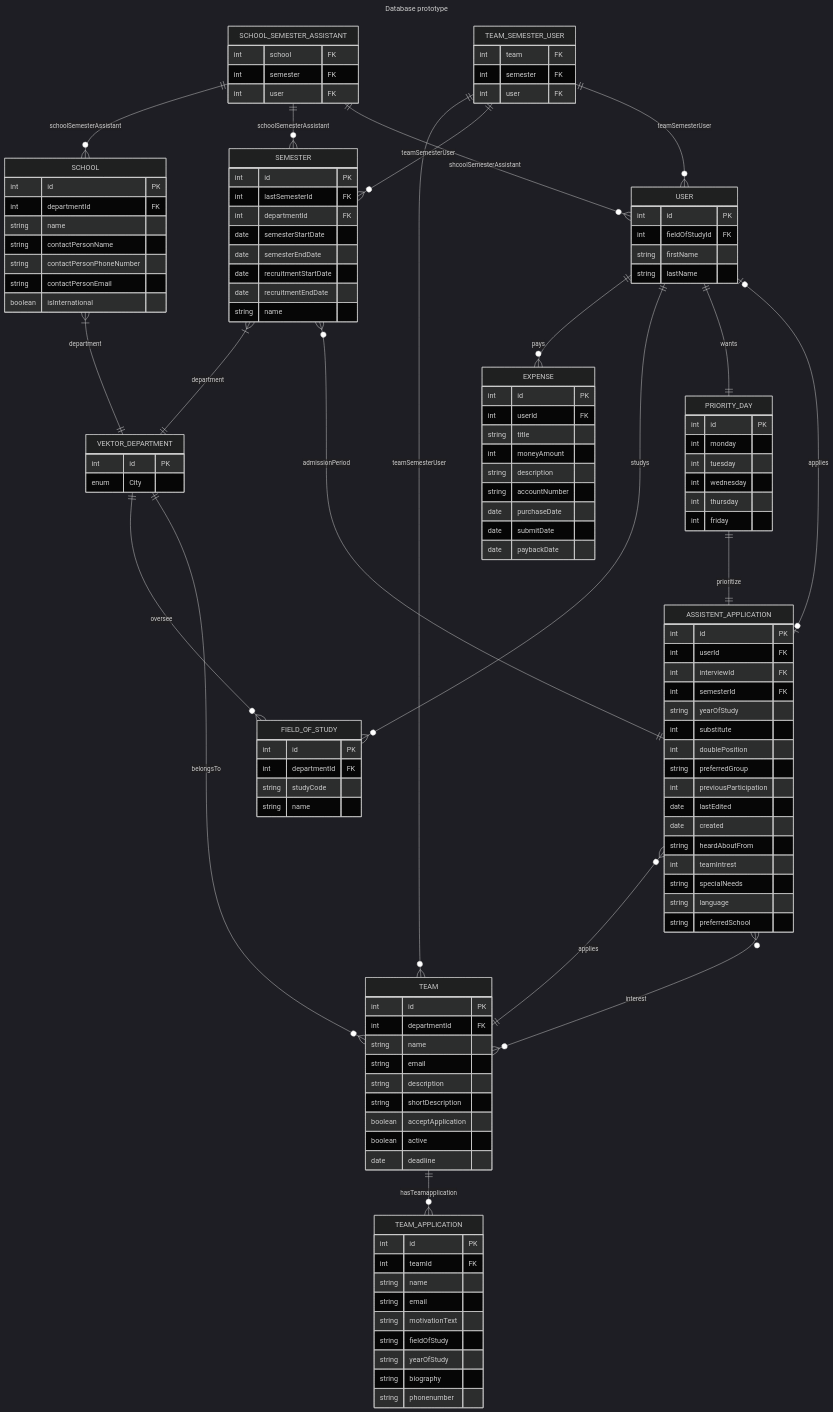
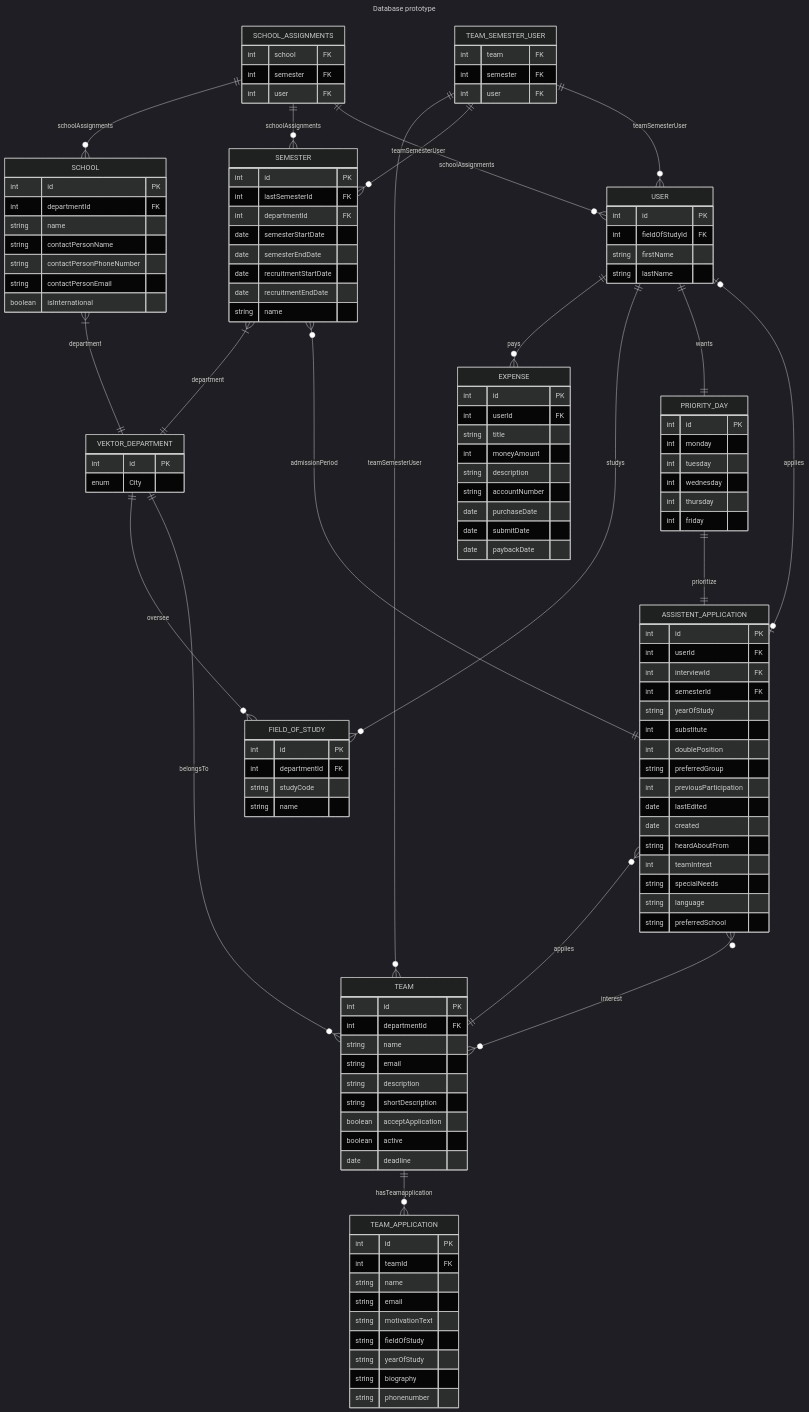
Before and after one commit to vektorprogrammet/api: the diagram in database-diagram.md, drawn with Mermaid (dark theme). The commit also changed 5 other files, not shown here.

```diff
--- a/database-diagram.md
+++ b/database-diagram.md
@@ -99,7 +99,7 @@
         string contactPersonEmail
         boolean isInternational
     }
-    SCHOOL_SEMESTER_ASSISTANT{
+    SCHOOL_ASSIGNMENTS{
         int school FK
         int semester FK
         int user FK
@@ -122,9 +122,9 @@
     SEMESTER }|--|| VEKTOR_DEPARTMENT : department
     SCHOOL }|--|| VEKTOR_DEPARTMENT : department
     SEMESTER }o--|| ASSISTENT_APPLICATION : admissionPeriod
-    SCHOOL_SEMESTER_ASSISTANT ||--o{ SCHOOL : schoolSemesterAssistant
-    SCHOOL_SEMESTER_ASSISTANT ||--o{ SEMESTER : schoolSemesterAssistant
-    SCHOOL_SEMESTER_ASSISTANT ||--o{ USER : shcoolSemesterAssistant
+    SCHOOL_ASSIGNMENTS ||--o{ SCHOOL : schoolAssignments
+    SCHOOL_ASSIGNMENTS ||--o{ SEMESTER : schoolAssignments
+    SCHOOL_ASSIGNMENTS ||--o{ USER : schoolAssignments
     TEAM_SEMESTER_USER ||--o{ TEAM : teamSemesterUser
     TEAM_SEMESTER_USER ||--o{ SEMESTER : teamSemesterUser    
     TEAM_SEMESTER_USER ||--o{ USER : teamSemesterUser
```
